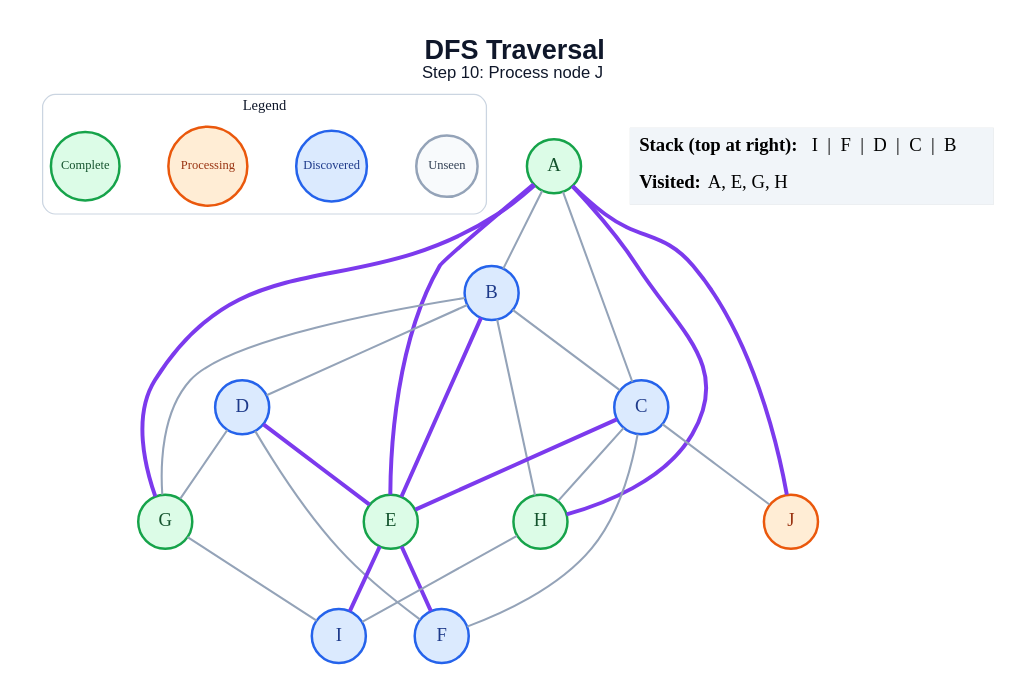
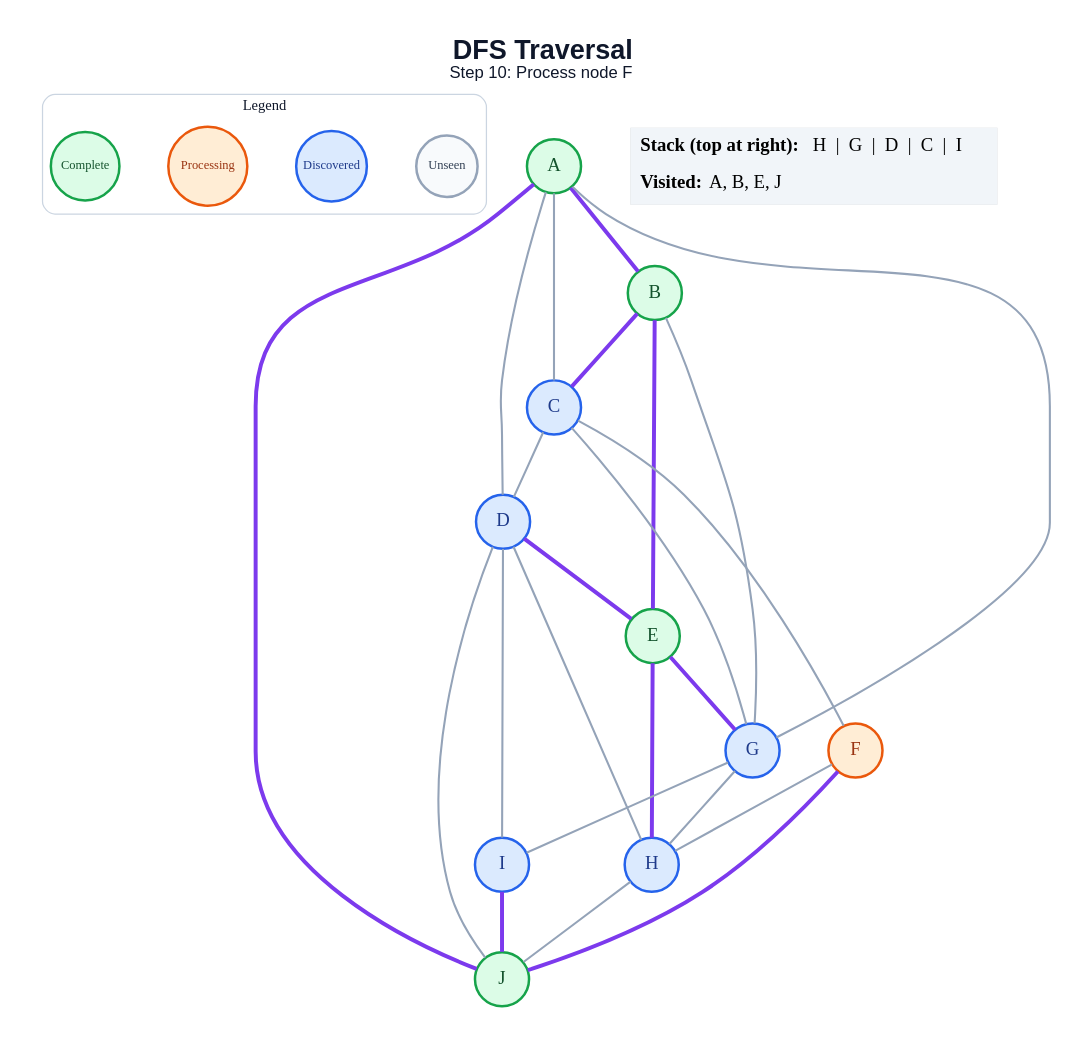
The diagram in generated/specific-node/dfs/step_10.dot (anon7238593-create/ai-slop), drawn with Graphviz before and after one commit. The commit also changed 178 other files, not shown here.

```diff
--- a/generated/specific-node/dfs/step_10.dot
+++ b/generated/specific-node/dfs/step_10.dot
@@ -1,51 +1,52 @@
 graph traversal {
   graph [layout=dot, rankdir=TB, bgcolor="#FFFFFF", pad="0.35", nodesep="0.65", ranksep="0.8", fontname="Arial"];
   node [shape=circle, style="filled", fontname="Arial Bold", fontsize=18, width=0.72, fixedsize=true, penwidth=2.4];
   edge [color="#94A3B8", penwidth=2.0];
-  label=<<B>DFS Traversal</B><BR/><FONT POINT-SIZE="16">Step 10: Process node J</FONT>>; labelloc="t"; fontsize=26; fontname="Arial"; fontcolor="#0F172A";
+  label=<<B>DFS Traversal</B><BR/><FONT POINT-SIZE="16">Step 10: Process node F</FONT>>; labelloc="t"; fontsize=26; fontname="Arial"; fontcolor="#0F172A";
   subgraph cluster_legend { label="Legend"; color="#CBD5E1"; penwidth=1.2; style="rounded"; fontsize=14; fontname="Arial Bold";
     key_unseen [label="Unseen", fillcolor="#F8FAFC", color="#94A3B8", fontcolor="#334155", fontsize=12, width=0.82];
     key_frontier [label="Discovered", fillcolor="#DBEAFE", color="#2563EB", fontcolor="#1E3A8A", fontsize=12, width=0.95];
     key_current [label="Processing", fillcolor="#FFEDD5", color="#EA580C", fontcolor="#9A3412", fontsize=12, width=1.05];
     key_done [label="Complete", fillcolor="#DCFCE7", color="#16A34A", fontcolor="#14532D", fontsize=12, width=0.92];
     { rank=same; key_unseen; key_frontier; key_current; key_done; }
   }
   A [fillcolor="#DCFCE7", color="#16A34A", fontcolor="#14532D"];
-  B [fillcolor="#DBEAFE", color="#2563EB", fontcolor="#1E3A8A"];
+  B [fillcolor="#DCFCE7", color="#16A34A", fontcolor="#14532D"];
   C [fillcolor="#DBEAFE", color="#2563EB", fontcolor="#1E3A8A"];
   D [fillcolor="#DBEAFE", color="#2563EB", fontcolor="#1E3A8A"];
   E [fillcolor="#DCFCE7", color="#16A34A", fontcolor="#14532D"];
-  F [fillcolor="#DBEAFE", color="#2563EB", fontcolor="#1E3A8A"];
-  G [fillcolor="#DCFCE7", color="#16A34A", fontcolor="#14532D"];
-  H [fillcolor="#DCFCE7", color="#16A34A", fontcolor="#14532D"];
+  F [fillcolor="#FFEDD5", color="#EA580C", fontcolor="#9A3412"];
+  G [fillcolor="#DBEAFE", color="#2563EB", fontcolor="#1E3A8A"];
+  H [fillcolor="#DBEAFE", color="#2563EB", fontcolor="#1E3A8A"];
   I [fillcolor="#DBEAFE", color="#2563EB", fontcolor="#1E3A8A"];
-  J [fillcolor="#FFEDD5", color="#EA580C", fontcolor="#9A3412"];
-  A -- B;
+  J [fillcolor="#DCFCE7", color="#16A34A", fontcolor="#14532D"];
+  A -- B [color="#7C3AED", penwidth=3.8];
   A -- C;
-  A -- E [color="#7C3AED", penwidth=3.8];
-  A -- G [color="#7C3AED", penwidth=3.8];
-  A -- H [color="#7C3AED", penwidth=3.8];
+  A -- D;
+  A -- G;
   A -- J [color="#7C3AED", penwidth=3.8];
-  B -- C;
-  B -- D;
+  B -- C [color="#7C3AED", penwidth=3.8];
   B -- E [color="#7C3AED", penwidth=3.8];
   B -- G;
-  B -- H;
-  C -- E [color="#7C3AED", penwidth=3.8];
+  C -- D;
   C -- F;
-  C -- H;
-  C -- J;
+  C -- G;
   D -- E [color="#7C3AED", penwidth=3.8];
-  D -- F;
-  D -- G;
-  E -- F [color="#7C3AED", penwidth=3.8];
-  E -- I [color="#7C3AED", penwidth=3.8];
+  D -- H;
+  D -- I;
+  D -- J;
+  E -- G [color="#7C3AED", penwidth=3.8];
+  E -- H [color="#7C3AED", penwidth=3.8];
+  F -- H;
+  F -- J [color="#7C3AED", penwidth=3.8];
+  G -- H;
   G -- I;
-  H -- I;
+  H -- J;
+  I -- J [color="#7C3AED", penwidth=3.8];
   status [shape=plain, fixedsize=false, width=0, height=0, margin=0, label=<
     <TABLE BORDER="0" CELLBORDER="0" CELLPADDING="7" BGCOLOR="#F1F5F9">
-      <TR><TD ALIGN="LEFT"><B>Stack (top at right):</B> I  |  F  |  D  |  C  |  B</TD></TR>
-      <TR><TD ALIGN="LEFT"><B>Visited:</B> A, E, G, H</TD></TR>
+      <TR><TD ALIGN="LEFT"><B>Stack (top at right):</B> H  |  G  |  D  |  C  |  I</TD></TR>
+      <TR><TD ALIGN="LEFT"><B>Visited:</B> A, B, E, J</TD></TR>
     </TABLE>
   >];
 }
```
